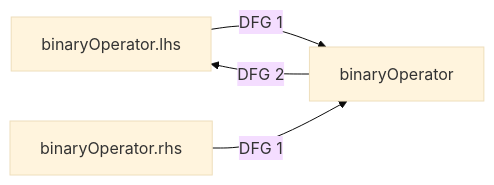
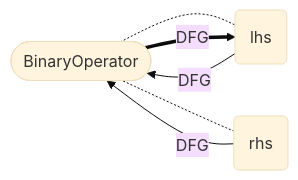
The seventh of 19 diagrams in cpg-core/specifications/dfg.md (Fraunhofer-AISEC/cpg), drawn with Mermaid (base theme) before and after one commit. The commit also changed other lines of this file, not shown here.

````diff
--- a/cpg-core/specifications/dfg.md
+++ b/cpg-core/specifications/dfg.md
@@ -97,6 +97,8 @@
   ```mermaid
   flowchart LR
-    binaryOperator.lhs -- DFG 1 --> binaryOperator;
-    binaryOperator.rhs -- DFG 1 --> binaryOperator;
-    binaryOperator -- DFG 2 --> binaryOperator.lhs;
+    node([BinaryOperator]) -.- lhs(lhs);
+    node([BinaryOperator]) -.- rhs(rhs);
+    lhs -- DFG --> node;
+    rhs -- DFG --> node;
+    node == DFG ==> lhs;
   ```
````
